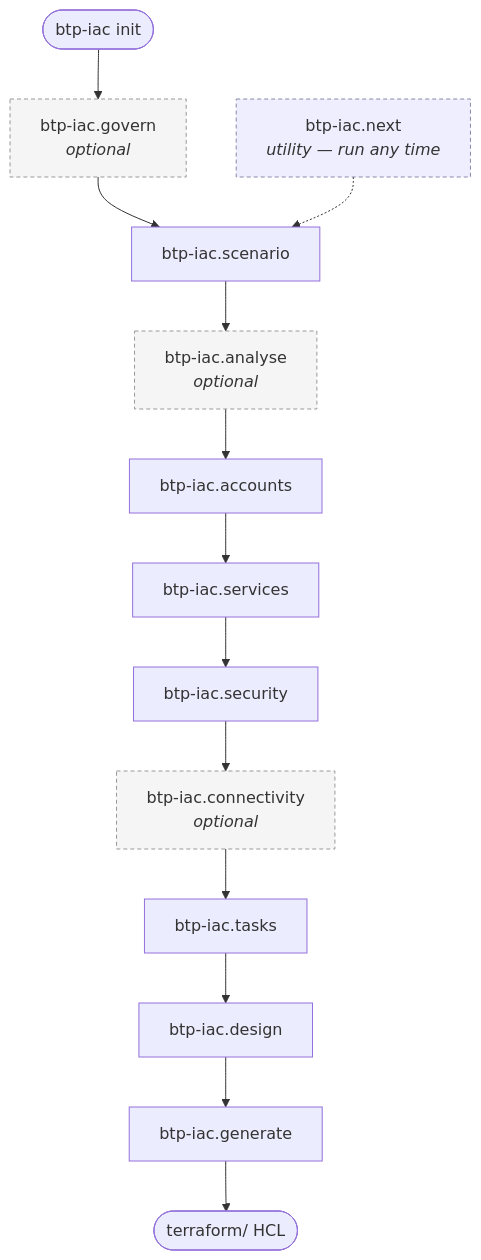
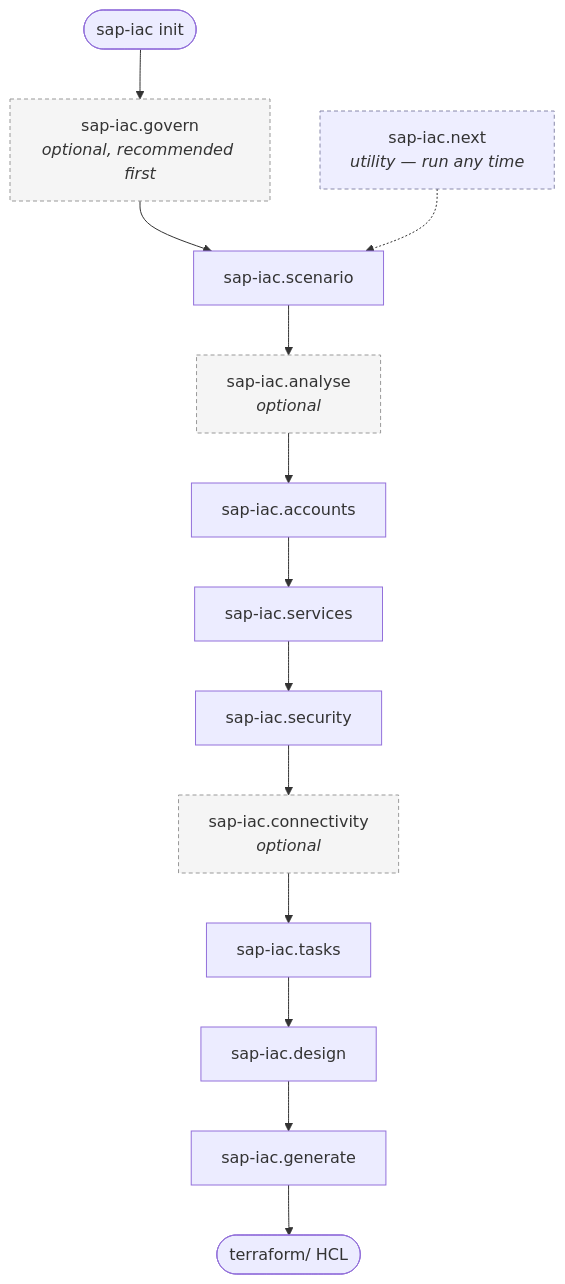
One commit to SAP/iac-spec-kit-for-sap-business-ai-platform changed the diagram in docs/usage.md. Above: the diagram before and after it, drawn with Mermaid. The commit also changed other lines of this file and 114 other files, not shown here.

````diff
--- a/docs/usage.md
+++ b/docs/usage.md
@@ -95,22 +99,22 @@
 ```mermaid
 flowchart TD
-    init([btp-iac init]) --> govern
+    init([sap-iac init]) --> govern
 
-    govern["btp-iac.govern<br/><i>optional</i>"] --> scenario[btp-iac.scenario]
-    scenario --> analyse["btp-iac.analyse<br/><i>optional</i>"]
-    analyse --> accounts[btp-iac.accounts]
-    accounts --> services[btp-iac.services]
-    services --> security[btp-iac.security]
-    security --> connectivity["btp-iac.connectivity<br/><i>optional</i>"]
-    connectivity --> tasks[btp-iac.tasks]
-    tasks --> design[btp-iac.design]
-    design --> generate[btp-iac.generate]
+    govern["sap-iac.govern<br/><i>optional, recommended first</i>"] --> scenario[sap-iac.scenario]
+    scenario --> analyse["sap-iac.analyse<br/><i>optional</i>"]
+    analyse --> accounts[sap-iac.accounts]
+    accounts --> services[sap-iac.services]
+    services --> security[sap-iac.security]
+    security --> connectivity["sap-iac.connectivity<br/><i>optional</i>"]
+    connectivity --> tasks[sap-iac.tasks]
+    tasks --> design[sap-iac.design]
+    design --> generate[sap-iac.generate]
     generate --> tf([terraform/ HCL])
 
-    next["btp-iac.next<br/><i>utility — run any time</i>"] -.-> scenario
+    next["sap-iac.next<br/><i>utility — run any time</i>"] -.-> scenario
 
     classDef optional fill:#f5f5f5,stroke:#999,stroke-dasharray:4 3;
     classDef util fill:#eef,stroke:#88a,stroke-dasharray:4 3;
     class govern,analyse,connectivity optional;
     class next util;
 ```
````
